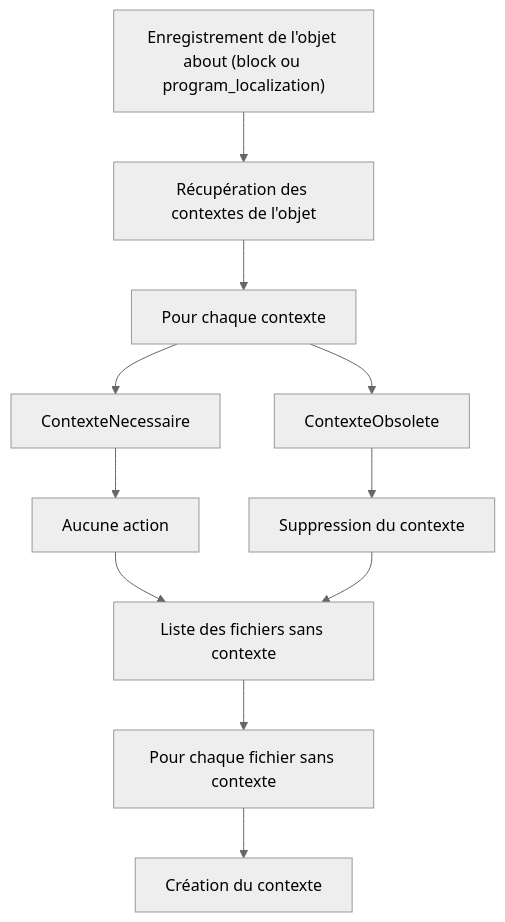
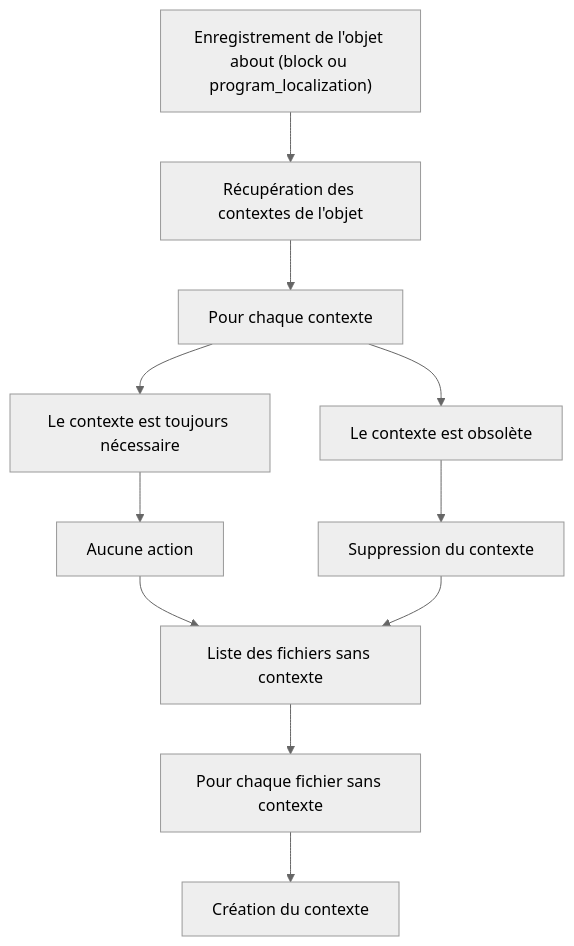
Before and after one commit to osunyorg/developers: the second of 2 diagrams in content/docs/admin/composants/file-library.md, drawn with Mermaid (neutral theme).

````diff
--- a/content/docs/admin/composants/file-library.md
+++ b/content/docs/admin/composants/file-library.md
@@ -37,16 +37,18 @@
 ```mermaid
 graph TD;
   Enregistrement-->Contextes-->Contexte;
   Contexte-->ContexteNecessaire-->Rien-->FichiersSansContexte;
   Contexte-->ContexteObsolete-->SuppressionContexte-->FichiersSansContexte;
   FichiersSansContexte-->FichierSansContexte-->CreationContexte
 
   Enregistrement["Enregistrement de l'objet about (block ou program_localization)"]
   Contextes["Récupération des contextes de l'objet"]
   Contexte["Pour chaque contexte"]
+  ContexteNecessaire["Le contexte est toujours nécessaire"]
+  ContexteObsolete["Le contexte est obsolète"]
   SuppressionContexte["Suppression du contexte"]
   CreationContexte["Création du contexte"]
   Rien["Aucune action"]
   FichiersSansContexte["Liste des fichiers sans contexte"]
   FichierSansContexte["Pour chaque fichier sans contexte"]
 ```
````
